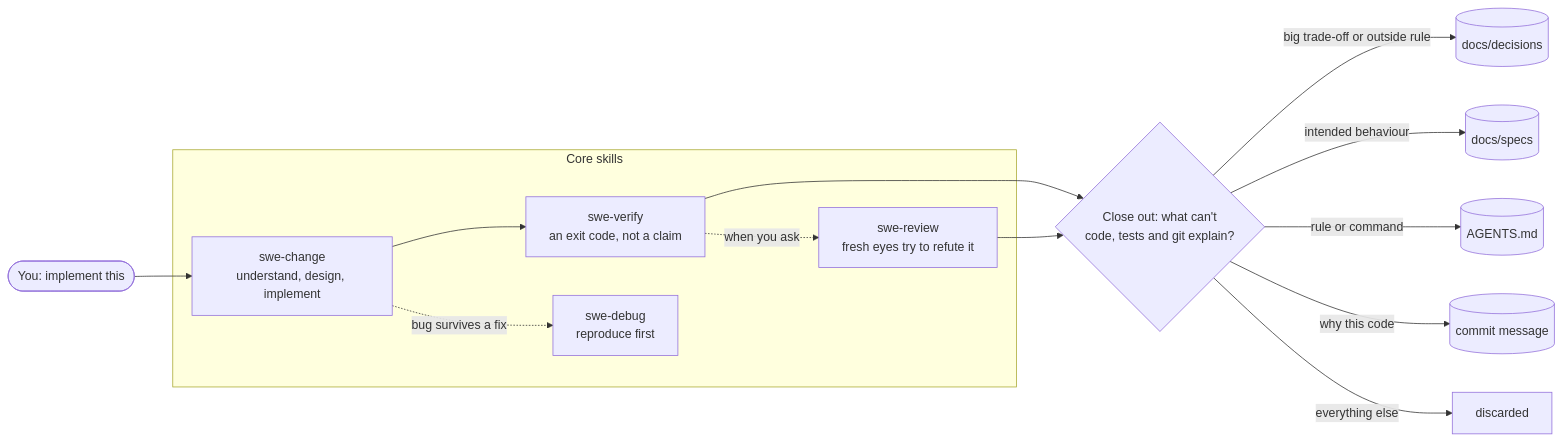
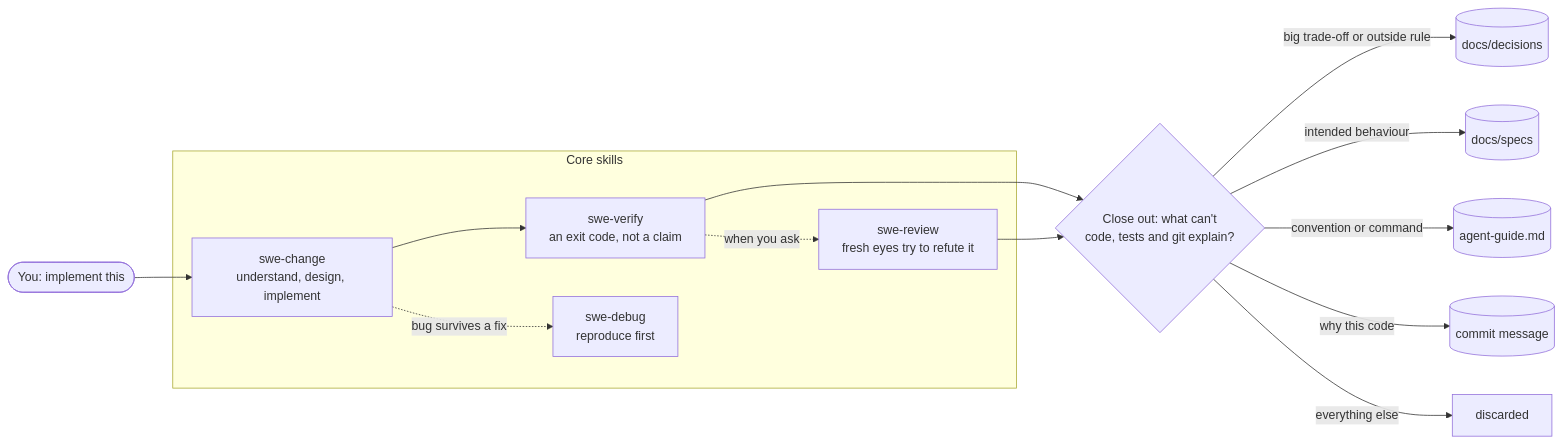
Before and after one commit to Crypto-Gi/swe-harness: the diagram in README.md, drawn with Mermaid. The commit also changed other lines of this file and 15 other files, not shown here.

First line of the commit message:
Keep AGENTS.md for the user; bootstrap writes agent-guide.md

````diff
--- a/README.md
+++ b/README.md
@@ -13,16 +13,16 @@
 ```mermaid
 flowchart LR
     U(["You: implement this"]) --> C
     subgraph core ["Core skills"]
         C["swe-change<br/>understand, design, implement"] --> V["swe-verify<br/>an exit code, not a claim"]
         V -.->|when you ask| R["swe-review<br/>fresh eyes try to refute it"]
         C -.->|bug survives a fix| D["swe-debug<br/>reproduce first"]
     end
     V --> K{"Close out: what can't<br/>code, tests and git explain?"}
     R --> K
     K -->|big trade-off or outside rule| DEC[("docs/decisions")]
     K -->|intended behaviour| SPEC[("docs/specs")]
-    K -->|rule or command| AG[("AGENTS.md")]
+    K -->|convention or command| AG[("agent-guide.md")]
     K -->|why this code| GIT[("commit message")]
     K -->|everything else| X["discarded"]
 ```
````
